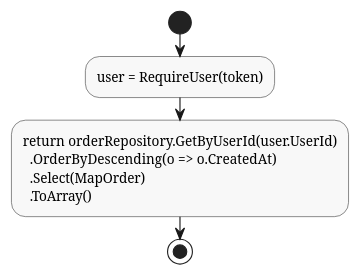
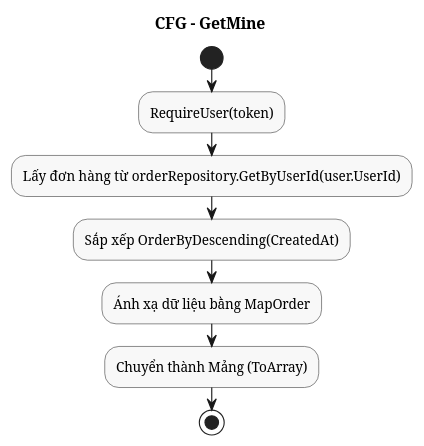
The diagram in HomeDecorShop/CFG/OrderService_GetMine.puml (linhp7448-png/ShopdecorBee), drawn with PlantUML before and after one commit.

Commit message:
Translate GetMine service

```diff
--- a/HomeDecorShop/CFG/OrderService_GetMine.puml
+++ b/HomeDecorShop/CFG/OrderService_GetMine.puml
@@ -1,14 +1,15 @@
 @startuml OrderService_GetMine
 skinparam activity {
   BackgroundColor #F8F8F8
   BorderColor #333333
 }
 
+title CFG - GetMine
 start
-:user = RequireUser(token);
-:return orderRepository.GetByUserId(user.UserId)
-  .OrderByDescending(o => o.CreatedAt)
-  .Select(MapOrder)
-  .ToArray();
+:RequireUser(token);
+:Lấy đơn hàng từ orderRepository.GetByUserId(user.UserId);
+:Sắp xếp OrderByDescending(CreatedAt);
+:Ánh xạ dữ liệu bằng MapOrder;
+:Chuyển thành Mảng (ToArray);
 stop
 @enduml
```
